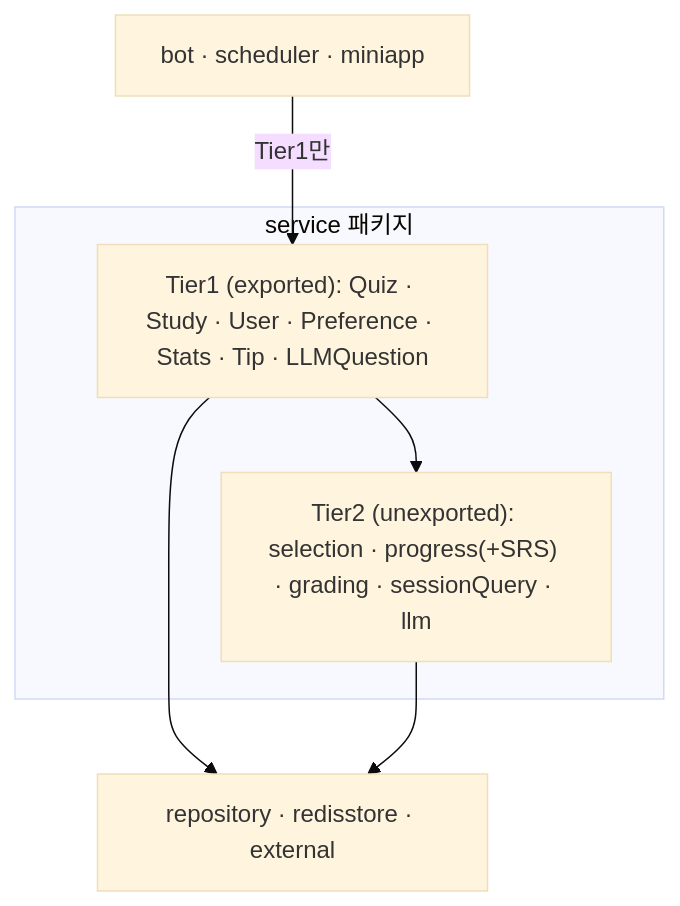
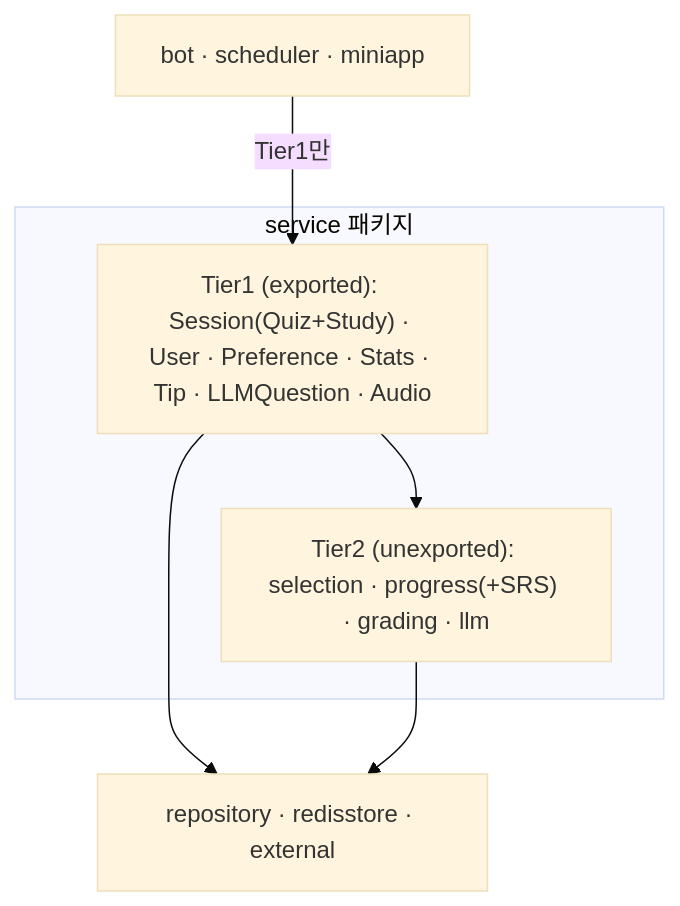
Before and after one commit to steamdollar/copylingo: the fifth of 5 diagrams in docs/adr/ADR-059_architecture_simplification.md, drawn with Mermaid (base theme). The commit also changed other lines of this file and 2 other files, not shown here.

````diff
--- a/docs/adr/ADR-059_architecture_simplification.md
+++ b/docs/adr/ADR-059_architecture_simplification.md
@@ -302,13 +302,13 @@
 ```mermaid
 flowchart TB
     adapters["bot · scheduler · miniapp"]
     subgraph service ["service 패키지"]
-        t1["Tier1 (exported): Quiz · Study · User · Preference · Stats · Tip · LLMQuestion"]
-        t2["Tier2 (unexported): selection · progress(+SRS) · grading · sessionQuery · llm"]
+        t1["Tier1 (exported): Session(Quiz+Study) · User · Preference · Stats · Tip · LLMQuestion · Audio"]
+        t2["Tier2 (unexported): selection · progress(+SRS) · grading · llm"]
         t1 --> t2
     end
     lower["repository · redisstore · external"]
     adapters -->|"Tier1만"| t1
     t1 --> lower
     t2 --> lower
 ```
````
